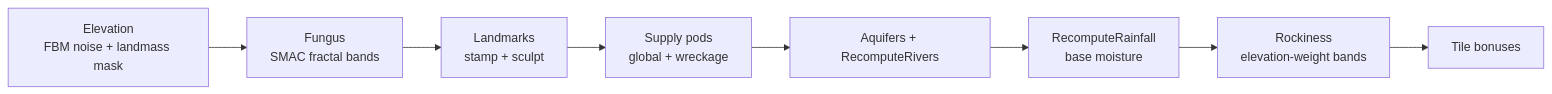
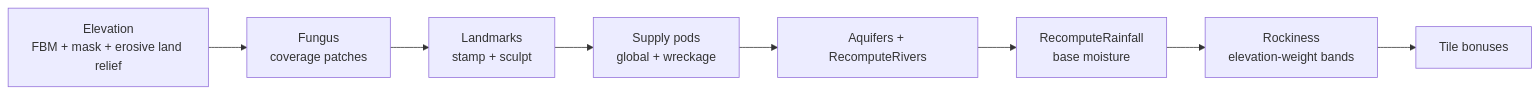
The second of 2 diagrams in docs/architecture/map-system.md (kilianloftis/alpha-centauri), drawn with Mermaid before and after one commit. The commit also changed other lines of this file and 12 other files, not shown here.

````diff
--- a/docs/architecture/map-system.md
+++ b/docs/architecture/map-system.md
@@ -184,10 +184,10 @@
 ```mermaid
 graph LR
-    Elevation[Elevation<br/>FBM noise + landmass mask] --> Fungus[Fungus<br/>SMAC fractal bands]
+    Elevation[Elevation<br/>FBM + mask + erosive land relief] --> Fungus[Fungus<br/>coverage patches]
     Fungus --> Landmarks[Landmarks<br/>stamp + sculpt]
     Landmarks --> SupplyPods[Supply pods<br/>global + wreckage]
     SupplyPods --> Rivers[Aquifers + RecomputeRivers]
     Rivers --> Rainfall[RecomputeRainfall<br/>base moisture]
     Rainfall --> Rockiness[Rockiness<br/>elevation-weight bands]
     Rockiness --> Bonuses[Tile bonuses]
 ```
````
